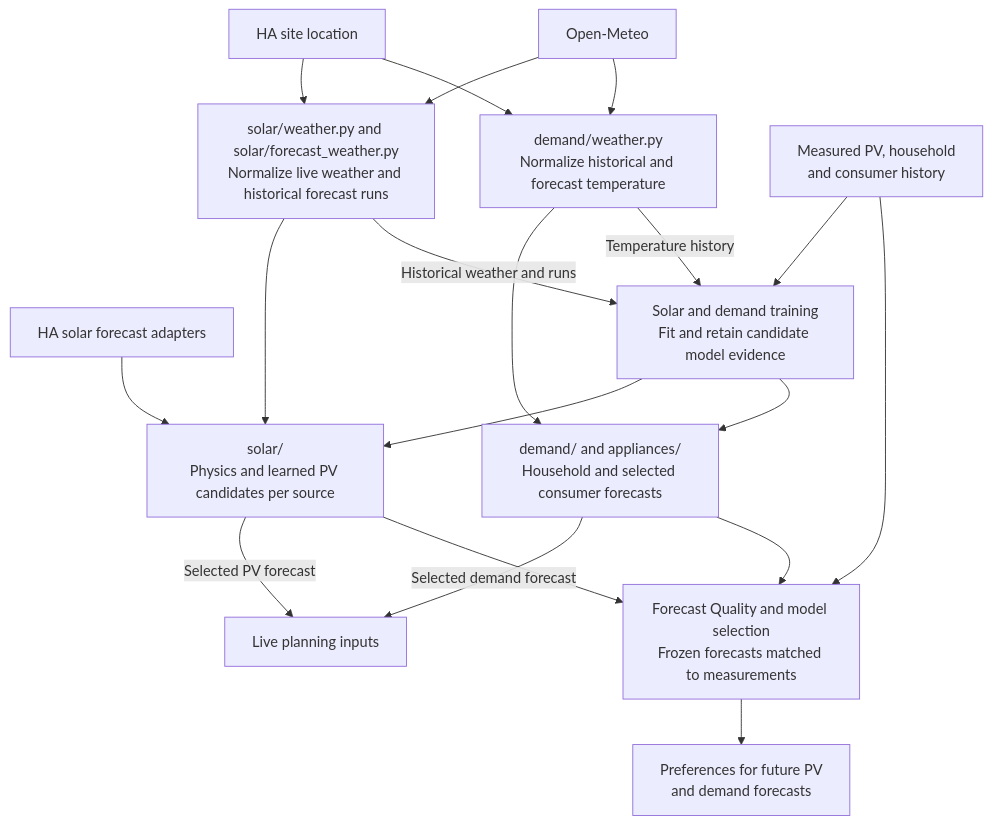
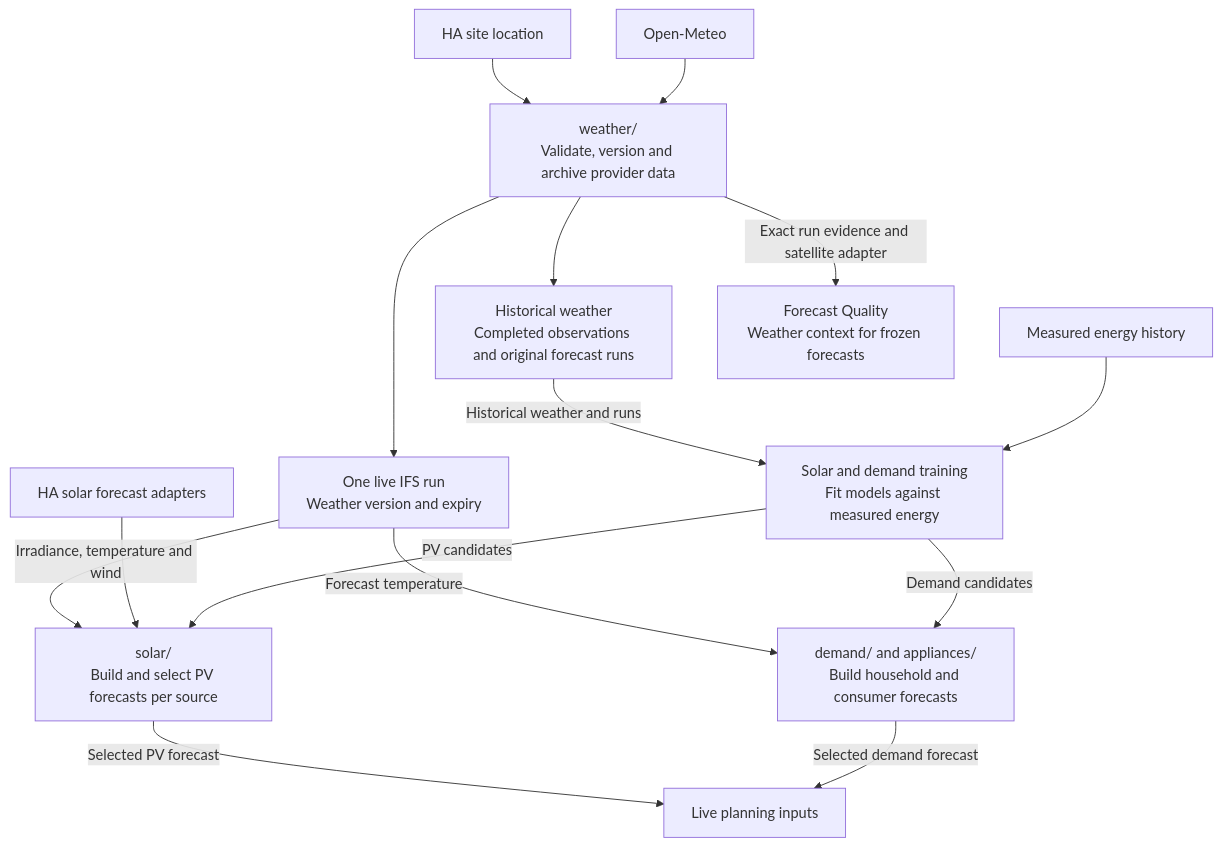
One commit to patrickvorgers/open-energy-planner changed the third of 8 diagrams in docs/development/ARCHITECTURE-OVERVIEW.md. Above: the diagram before and after it, drawn with Mermaid. The commit also changed other lines of this file and 4 other files, not shown here.

Commit message:
Document shared weather ownership and forecast evidence

````diff
--- a/docs/development/ARCHITECTURE-OVERVIEW.md
+++ b/docs/development/ARCHITECTURE-OVERVIEW.md
@@ -101,23 +101,19 @@
 ```mermaid
 flowchart TD
     accTitle: Weather and forecast module flow
-    accDescr: Separate solar and temperature adapters feed forecast services. Histories train models, daily comparison can influence future selection, and selected forecasts go to planning.
-    LOCATION["HA site location"] --> SOLARWX
-    LOCATION --> TEMPWX
-    METEO["Open-Meteo"] --> SOLARWX["solar/weather.py and solar/forecast_weather.py<br/>Normalize live weather and historical forecast runs"]
-    METEO --> TEMPWX["demand/weather.py<br/>Normalize historical and forecast temperature"]
-    SOLARWX --> PV["solar/<br/>Physics and learned PV candidates per source"]
+    accDescr: The weather module owns one shared live provider run and separate historical evidence. Solar and demand build forecasts, historical training fits models, and Forecast Quality uses the original weather evidence.
+    LOCATION["HA site location"] --> WEATHER
+    METEO["Open-Meteo"] --> WEATHER["weather/<br/>Validate, version and archive provider data"]
+    WEATHER --> LIVE_RUN["One live IFS run<br/>Weather version and expiry"]
+    WEATHER --> HISTORY["Historical weather<br/>Completed observations and original forecast runs"]
+    LIVE_RUN -->|Irradiance, temperature and wind| PV["solar/<br/>Build and select PV forecasts per source"]
     HAFC["HA solar forecast adapters"] --> PV
-    TEMPWX --> LOAD["demand/ and appliances/<br/>Household and selected consumer forecasts"]
-    METERS["Measured PV, household<br/>and consumer history"] --> TRAIN["Solar and demand training<br/>Fit and retain candidate model evidence"]
-    SOLARWX -->|Historical weather and runs| TRAIN
-    TEMPWX -->|Temperature history| TRAIN
-    TRAIN --> PV
-    TRAIN --> LOAD
+    LIVE_RUN -->|Forecast temperature| LOAD["demand/ and appliances/<br/>Build household and consumer forecasts"]
+    HISTORY -->|Historical weather and runs| TRAIN["Solar and demand training<br/>Fit models against measured energy"]
+    METERS["Measured energy history"] --> TRAIN
+    TRAIN -->|PV candidates| PV
+    TRAIN -->|Demand candidates| LOAD
     PV -->|Selected PV forecast| LIVE["Live planning inputs"]
     LOAD -->|Selected demand forecast| LIVE
-    PV --> QUALITY["Forecast Quality and model selection<br/>Frozen forecasts matched to measurements"]
-    LOAD --> QUALITY
-    METERS --> QUALITY
-    QUALITY --> PREFS["Preferences for future PV<br/>and demand forecasts"]
+    WEATHER -->|Exact run evidence and satellite adapter| QUALITY["Forecast Quality<br/>Weather context for frozen forecasts"]
 ```
````
